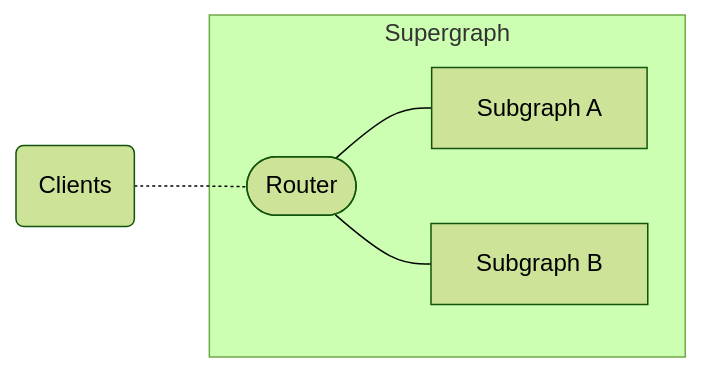
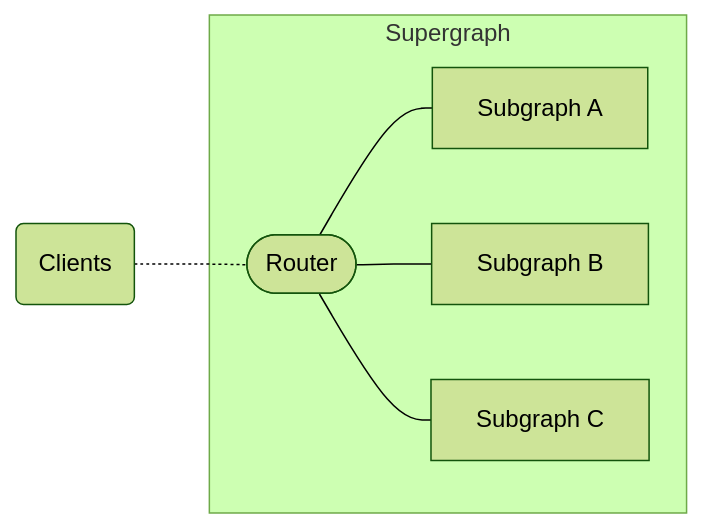
The first of 6 diagrams in docs/source/index.mdx (apollographql/federation), drawn with Mermaid (forest theme) before and after one commit. The commit also changed other lines of this file, not shown here.

````diff
--- a/docs/source/index.mdx
+++ b/docs/source/index.mdx
@@ -26,12 +27,13 @@
 ```mermaid
 graph LR;
   clients(Clients);
   subgraph "Supergraph";
   router([Router]);
   serviceA[Subgraph A];
   serviceB[Subgraph B];
-  router --- serviceA & serviceB;
+  serviceC[Subgraph C];
+  router --- serviceA & serviceB & serviceC;
   end;
   clients -.- router;
   class clients secondary;
 ```
````
